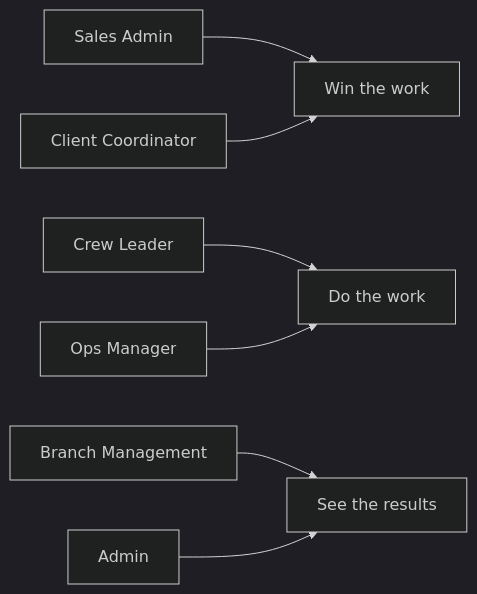
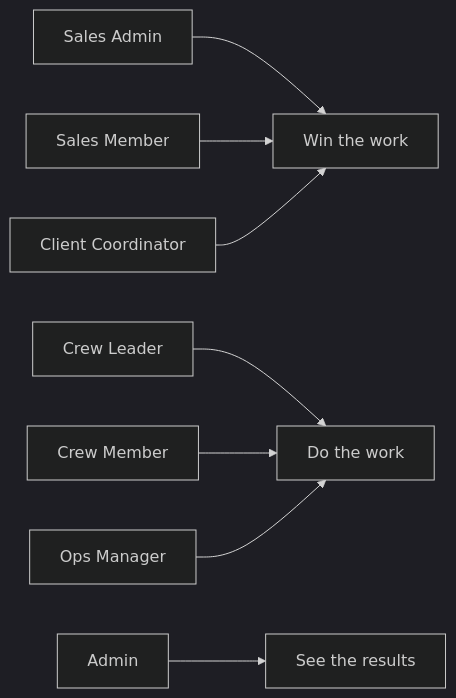
The diagram in guides/start/roles-at-a-glance.mdx (Attic-Tech/docs), drawn with Mermaid (dark theme) before and after one commit. The commit also changed other lines of this file and 23 other files, not shown here.

````diff
--- a/guides/start/roles-at-a-glance.mdx
+++ b/guides/start/roles-at-a-glance.mdx
@@ -40,9 +43,10 @@
 ```mermaid
 flowchart LR
   SA[Sales Admin] --> WIN[Win the work]
+  SM[Sales Member] --> WIN
   CC[Client Coordinator] --> WIN
   CL[Crew Leader] --> DO[Do the work]
+  CM[Crew Member] --> DO
   OM[Ops Manager] --> DO
-  BM[Branch Management] --> SEE[See the results]
-  AD[Admin] --> SEE
+  AD[Admin] --> SEE[See the results]
 ```
````
